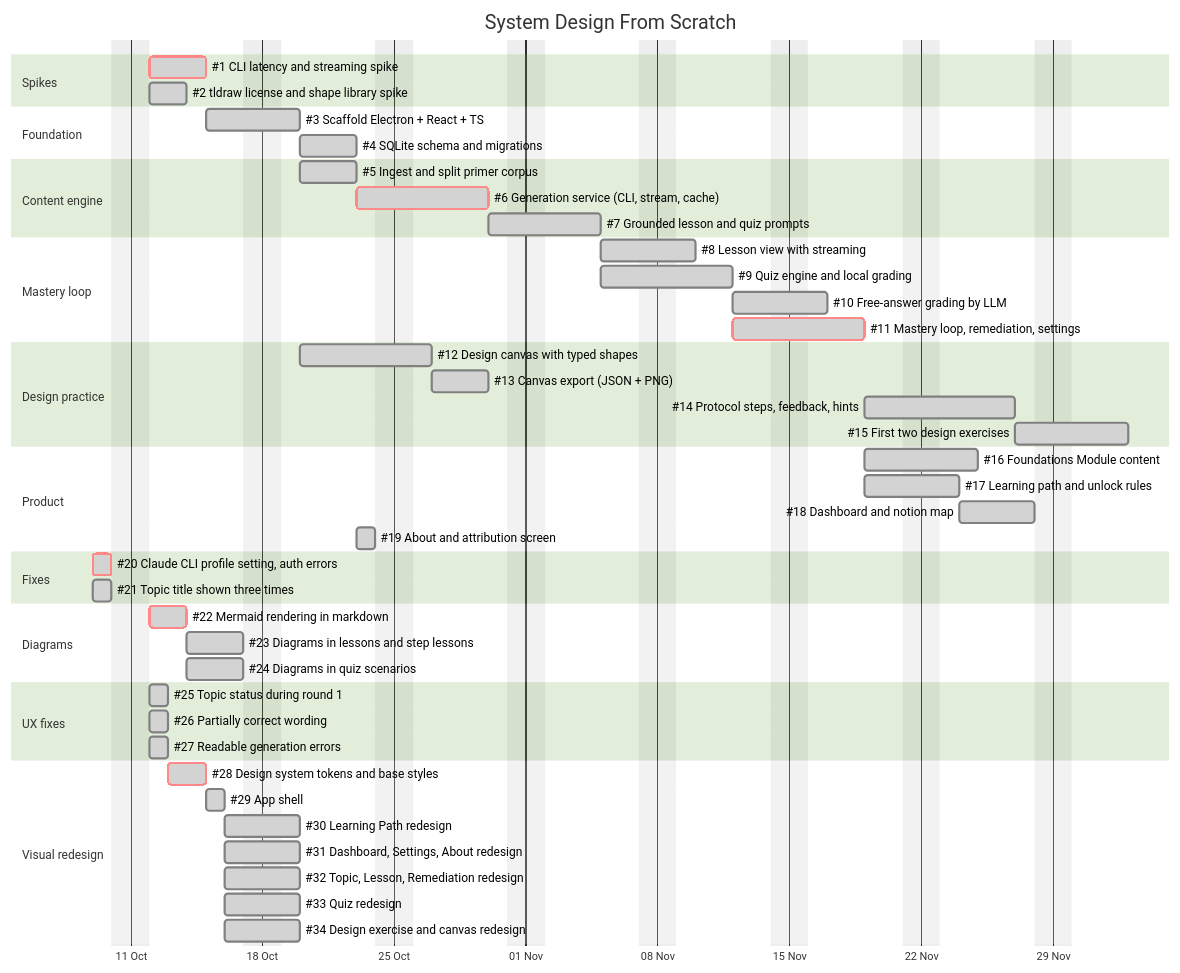
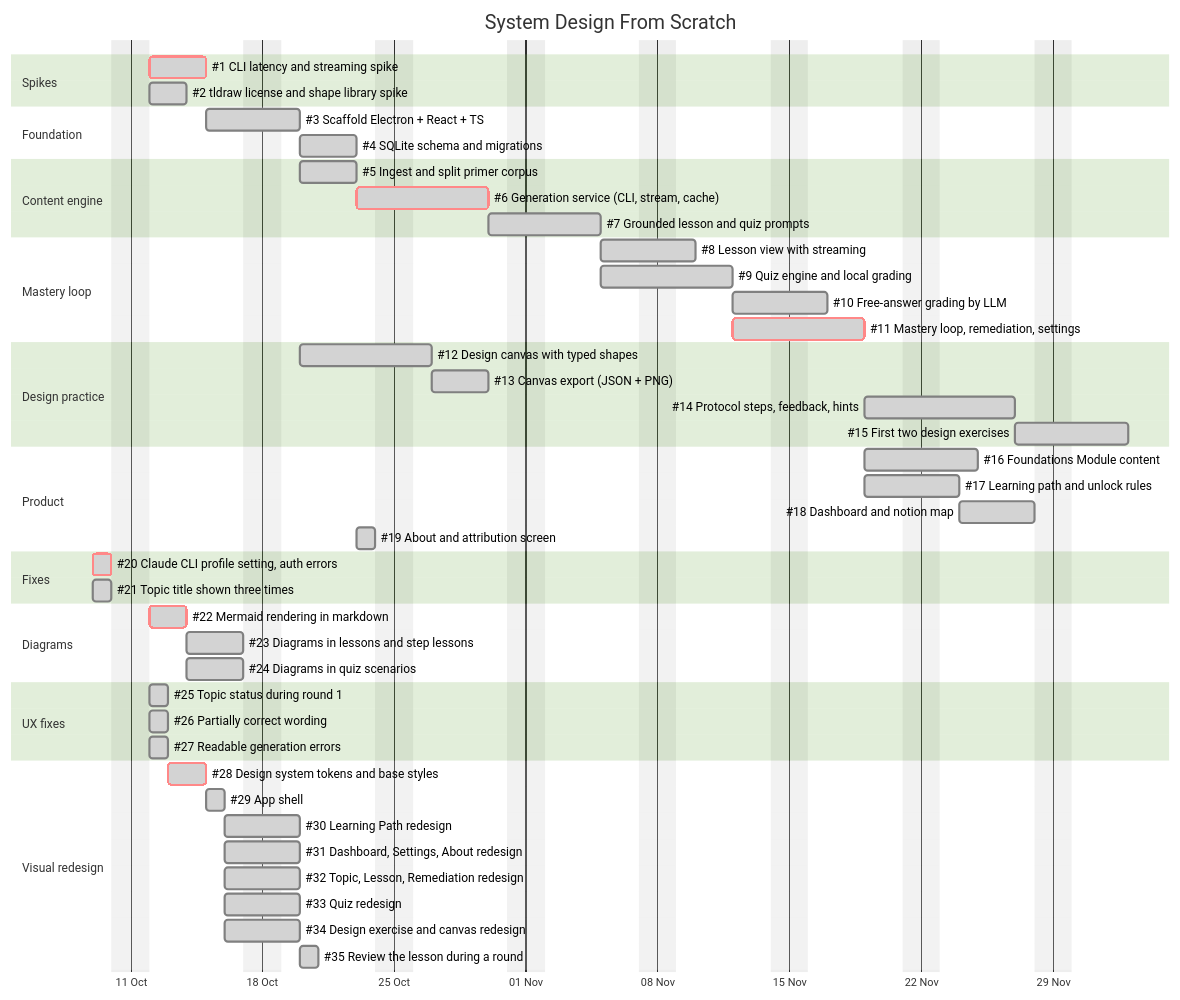
Before and after one commit to jbclaramonte/system-design-from-scratch: the diagram in docs/ROADMAP.md, drawn with Mermaid (forest theme). The commit also changed other lines of this file and 17 other files, not shown here.

First line of the commit message:
feat: review the lesson at any time during a round

````diff
--- a/docs/ROADMAP.md
+++ b/docs/ROADMAP.md
@@ -13,61 +13,62 @@
 ```mermaid
 gantt
     title System Design From Scratch
     dateFormat YYYY-MM-DD
     excludes weekends
     axisFormat %d %b
 
     section Spikes
     #1 CLI latency and streaming spike        :done, crit, s1, 2026-10-12, 3d
     #2 tldraw license and shape library spike :done, s2, 2026-10-12, 2d
 
     section Foundation
     #3 Scaffold Electron + React + TS         :done, f1, after s1, 3d
     #4 SQLite schema and migrations           :done, f2, after f1, 3d
 
     section Content engine
     #5 Ingest and split primer corpus         :done, c1, after f1, 3d
     #6 Generation service (CLI, stream, cache):done, crit, c2, after f2, 5d
     #7 Grounded lesson and quiz prompts       :done, c3, after c1 c2, 4d
 
     section Mastery loop
     #8 Lesson view with streaming             :done, m1, after c3, 3d
     #9 Quiz engine and local grading          :done, m2, after c3, 5d
     #10 Free-answer grading by LLM            :done, m3, after m2, 3d
     #11 Mastery loop, remediation, settings   :done, crit, m4, after m1 m2, 5d
 
     section Design practice
     #12 Design canvas with typed shapes       :done, d1, after s2 f1, 5d
     #13 Canvas export (JSON + PNG)            :done, d2, after d1, 3d
     #14 Protocol steps, feedback, hints       :done, d3, after d2 m4, 6d
     #15 First two design exercises            :done, d4, after d3, 4d
 
     section Product
     #16 Foundations Module content            :done, p1, after m4, 4d
     #17 Learning path and unlock rules        :done, p2, after m4, 3d
     #18 Dashboard and notion map              :done, p3, after p2, 4d
     #19 About and attribution screen          :done, p4, after c1, 1d
 
     section Fixes
     #20 Claude CLI profile setting, auth errors :done, crit, x1, 2026-10-09, 1d
     #21 Topic title shown three times         :done, x2, 2026-10-09, 1d
 
     section Diagrams
     #22 Mermaid rendering in markdown         :done, crit, g1, 2026-10-12, 2d
     #23 Diagrams in lessons and step lessons  :done, g2, after g1, 3d
     #24 Diagrams in quiz scenarios            :done, g3, after g1, 3d
 
     section UX fixes
     #25 Topic status during round 1           :done, u1, 2026-10-12, 1d
     #26 Partially correct wording             :done, u2, 2026-10-12, 1d
     #27 Readable generation errors            :done, u3, 2026-10-12, 1d
 
     section Visual redesign
     #28 Design system tokens and base styles  :done, crit, v1, 2026-10-13, 2d
     #29 App shell                             :done, v2, after v1, 1d
     #30 Learning Path redesign                :done, v3, after v2, 2d
     #31 Dashboard, Settings, About redesign   :done, v4, after v2, 2d
     #32 Topic, Lesson, Remediation redesign   :done, v5, after v2, 2d
     #33 Quiz redesign                         :done, v6, after v2, 2d
     #34 Design exercise and canvas redesign   :done, v7, after v2, 2d
+    #35 Review the lesson during a round      :done, v8, after v5, 1d
 ```
````
